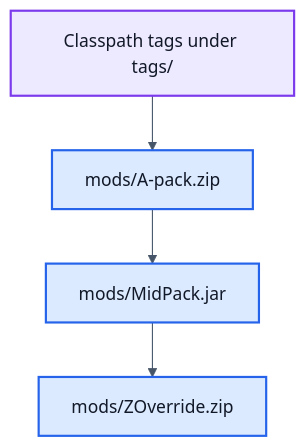
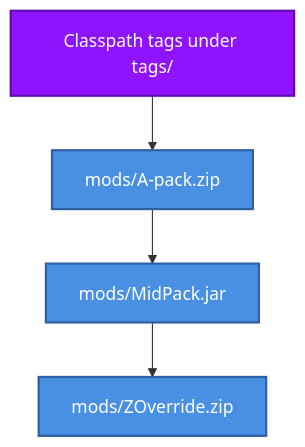
One commit to AzureDoom/TagCore changed the second of 6 diagrams in docs/tag-loading.md. Above: the diagram before and after it, drawn with Mermaid. The commit also changed other lines of this file, not shown here.

````diff
--- a/docs/tag-loading.md
+++ b/docs/tag-loading.md
@@ -61,21 +48,14 @@
 ```mermaid
-%%{init: {
-  "theme": "base",
-  "themeVariables": {
-    "primaryColor": "#4F46E5",
-    "primaryTextColor": "#FFFFFF",
-    "primaryBorderColor": "#3730A3",
-    "lineColor": "#475569",
-    "background": "#FFFFFF"
-  }
-}}%%
 flowchart TD
     A[Classpath tags under tags/] --> B[mods/A-pack.zip]
-    B --> C[mods/MidPack.jar]
-    C --> D[mods/ZOverride.zip]
+B --> C[mods/MidPack.jar]
+C --> D[mods/ZOverride.zip]
 
-    classDef builtIn fill:#EDE9FE,stroke:#7C3AED,color:#111827,stroke-width:2px;
-    classDef external fill:#DBEAFE,stroke:#2563EB,color:#111827,stroke-width:2px;
-    class A builtIn;
-    class B,C,D external;
+%% Classes
+classDef builtIn fill:#9013FE,color:#fff,stroke:#5E0CB2,stroke-width:2px;
+classDef external fill:#4A90E2,color:#fff,stroke:#2C5FA3,stroke-width:2px;
+
+%% Apply classes
+class A builtIn;
+class B,C,D external;
 ```
````
